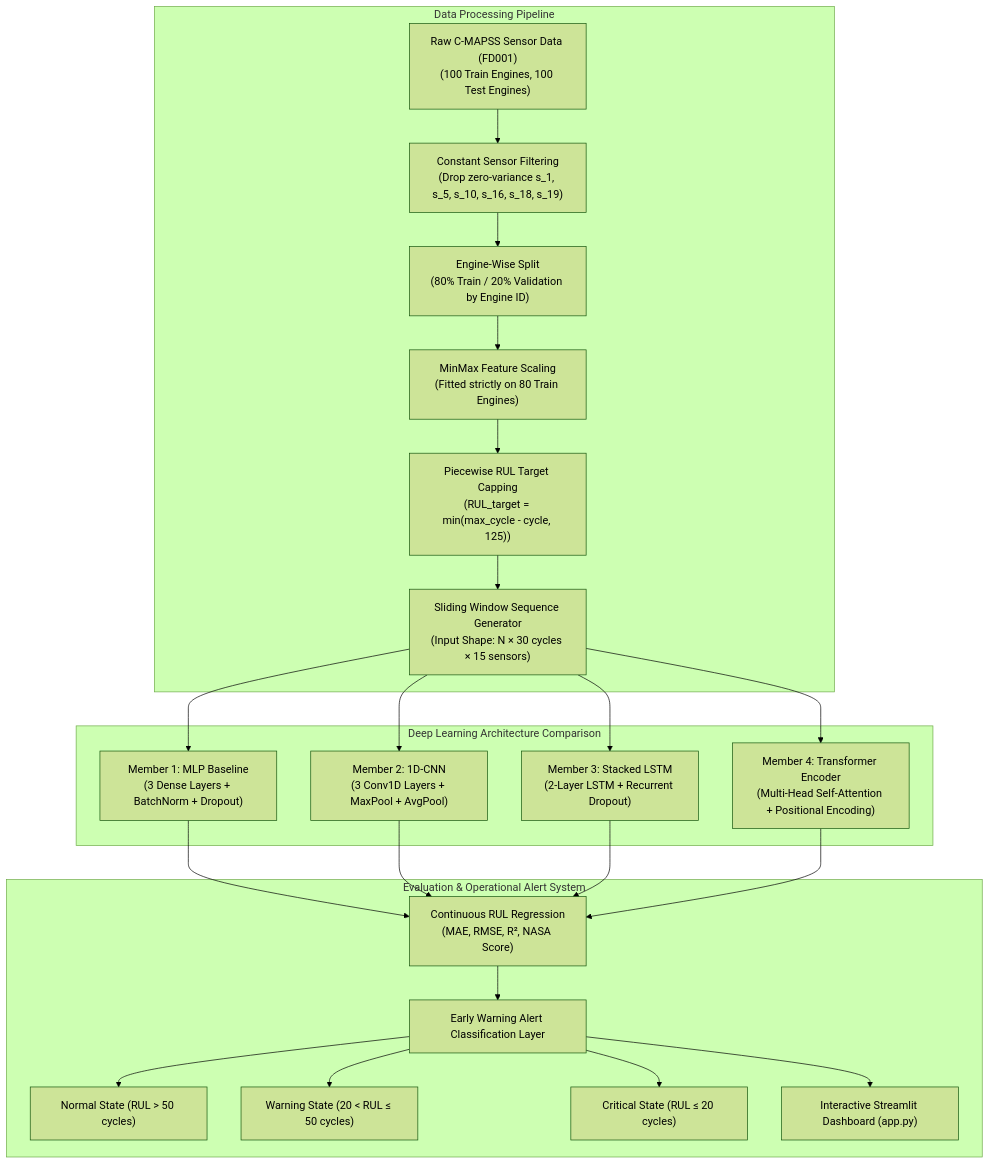
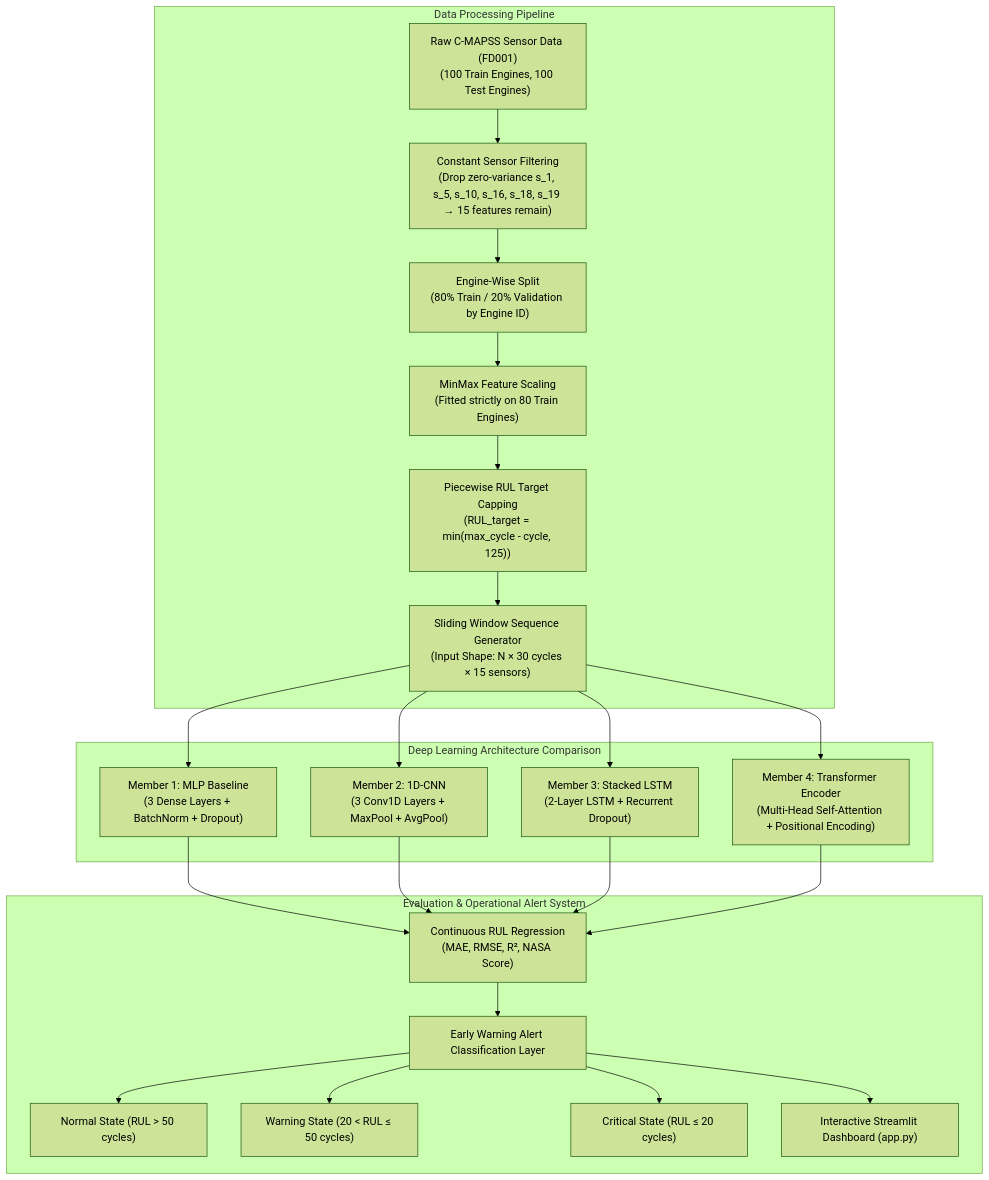
One commit to RishiK1706/predictive-maintenance-cmapss changed the diagram in README.md. Above: the diagram before and after it, drawn with Mermaid (forest theme). The commit also changed other lines of this file and 1 other file, not shown here.

````diff
--- a/README.md
+++ b/README.md
@@ -17,26 +17,26 @@
 ```mermaid
 flowchart TD
     subgraph Data Processing Pipeline
-        A["Raw C-MAPSS Sensor Data (FD001)<br>(100 Train Engines, 100 Test Engines)"] --> B["Constant Sensor Filtering<br>(Drop zero-variance s_1, s_5, s_10, s_16, s_18, s_19)"]
+        A["Raw C-MAPSS Sensor Data (FD001)<br>(100 Train Engines, 100 Test Engines)"] --> B["Constant Sensor Filtering<br>(Drop zero-variance s_1, s_5, s_10, s_16, s_18, s_19 → 15 features remain)"]
         B --> C["Engine-Wise Split<br>(80% Train / 20% Validation by Engine ID)"]
         C --> D["MinMax Feature Scaling<br>(Fitted strictly on 80 Train Engines)"]
         D --> E["Piecewise RUL Target Capping<br>(RUL_target = min(max_cycle - cycle, 125))"]
         E --> F["Sliding Window Sequence Generator<br>(Input Shape: N × 30 cycles × 15 sensors)"]
     end
 
     subgraph Deep Learning Architecture Comparison
         F --> G1["Member 1: MLP Baseline<br>(3 Dense Layers + BatchNorm + Dropout)"]
         F --> G2["Member 2: 1D-CNN<br>(3 Conv1D Layers + MaxPool + AvgPool)"]
         F --> G3["Member 3: Stacked LSTM<br>(2-Layer LSTM + Recurrent Dropout)"]
         F --> G4["Member 4: Transformer Encoder<br>(Multi-Head Self-Attention + Positional Encoding)"]
     end
 
     subgraph Evaluation & Operational Alert System
         G1 & G2 & G3 & G4 --> H["Continuous RUL Regression<br>(MAE, RMSE, R², NASA Score)"]
         H --> I["Early Warning Alert Classification Layer"]
         I --> J1["Normal State (RUL > 50 cycles)"]
         I --> J2["Warning State (20 < RUL ≤ 50 cycles)"]
         I --> J3["Critical State (RUL ≤ 20 cycles)"]
         I --> K["Interactive Streamlit Dashboard (app.py)"]
     end
 ```
````
